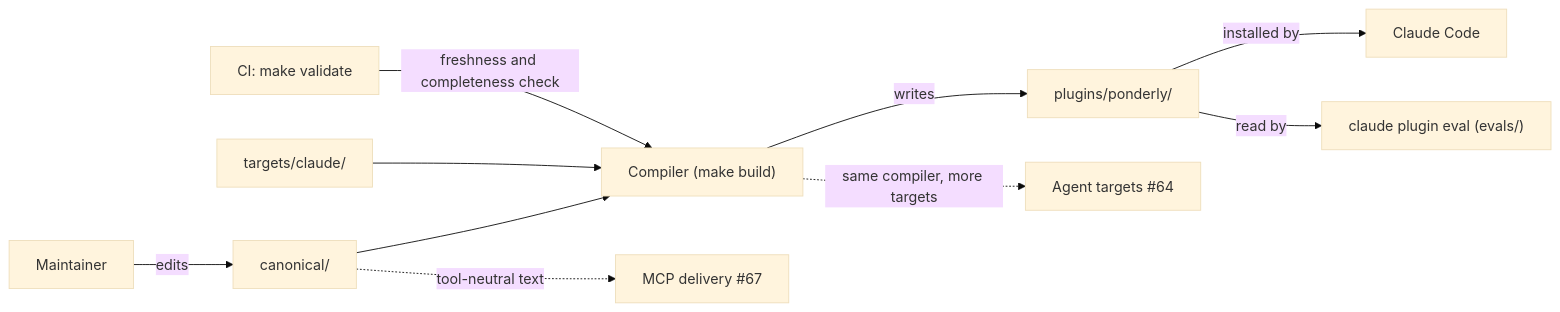
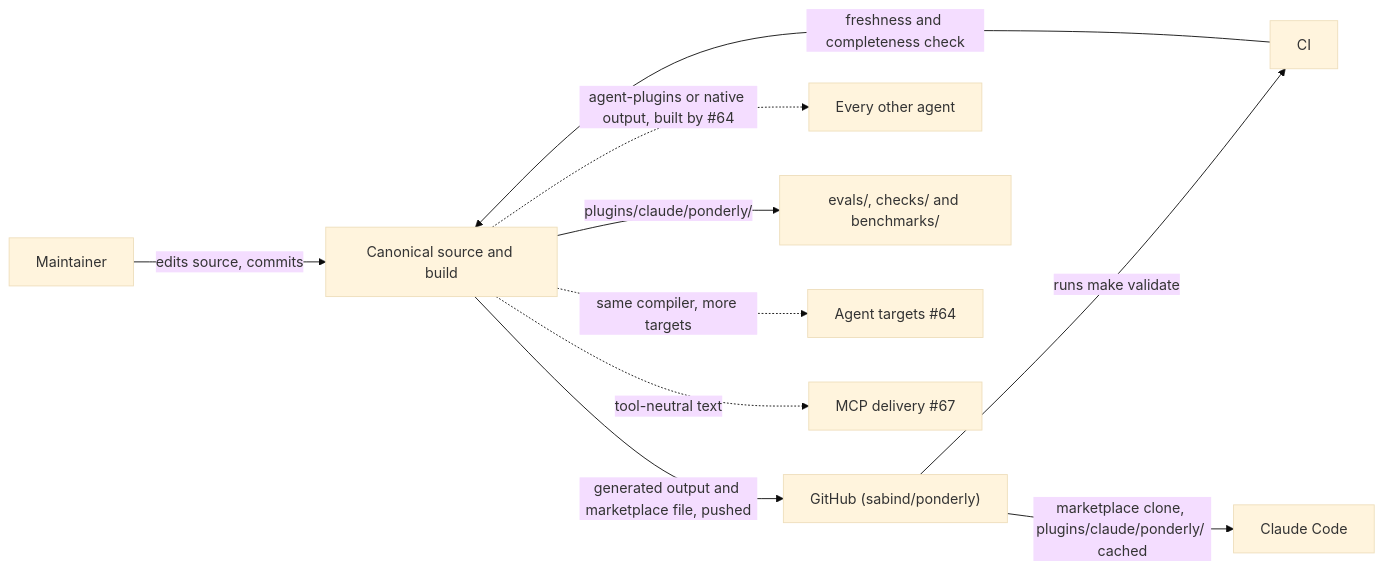
The first of 2 diagrams in .ponderly/designs/multi-tool-plugin/canonical-source/hld-canonical-source.md (sabind/ponderly), drawn with Mermaid (base theme) before and after one commit. The commit also changed other lines of this file and 1 other file, not shown here.

First line of the commit message:
[#63] Approve the canonical-source design and amend the strategy

````diff
--- a/.ponderly/designs/multi-tool-plugin/canonical-source/hld-canonical-source.md
+++ b/.ponderly/designs/multi-tool-plugin/canonical-source/hld-canonical-source.md
@@ -21,12 +20,12 @@
 ```mermaid
 flowchart LR
-    M["Maintainer"] -->|"edits"| CAN["canonical/"]
-    CAN --> B["Compiler (make build)"]
-    T["targets/claude/"] --> B
-    B -->|"writes"| P["plugins/ponderly/"]
-    P -->|"installed by"| CC["Claude Code"]
-    P -->|"read by"| EV["claude plugin eval (evals/)"]
-    B -.->|"same compiler, more targets"| AT["Agent targets #64"]
-    CAN -.->|"tool-neutral text"| MCP["MCP delivery #67"]
-    CI["CI: make validate"] -->|"freshness and completeness check"| B
+    M["Maintainer"] -->|"edits source, commits"| SYS["Canonical source and build"]
+    SYS -->|"generated output and marketplace file, pushed"| GH["GitHub (sabind/ponderly)"]
+    GH -->|"runs make validate"| CI["CI"]
+    CI -->|"freshness and completeness check"| SYS
+    GH -->|"marketplace clone, plugins/claude/ponderly/ cached"| CC["Claude Code"]
+    SYS -.->|"agent-plugins or native output, built by #64"| OA["Every other agent"]
+    SYS -->|"plugins/claude/ponderly/"| EV["evals/, checks/ and benchmarks/"]
+    SYS -.->|"same compiler, more targets"| AT["Agent targets #64"]
+    SYS -.->|"tool-neutral text"| MCP["MCP delivery #67"]
 ```
````
